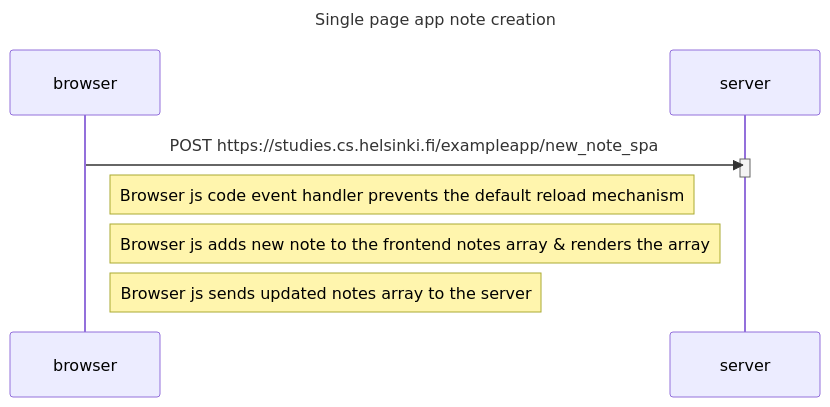
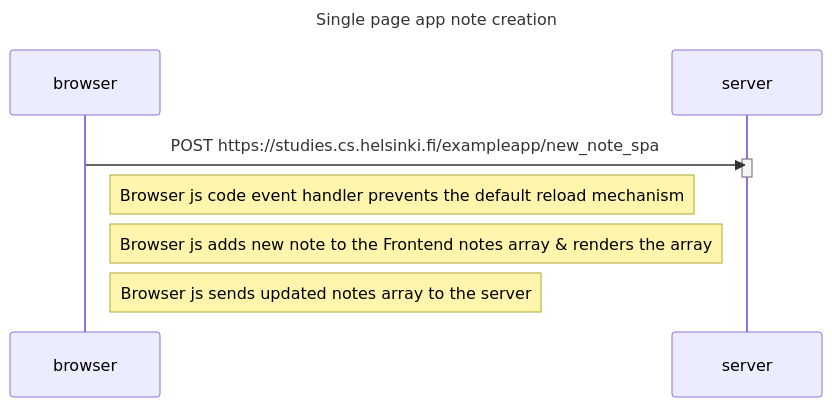
Before and after one commit to cunbex/FullStackOpen-Exercises: the diagram in part0/0.6.md, drawn with Mermaid. The commit also changed 1 other file, not shown here.

````diff
--- a/part0/0.6.md
+++ b/part0/0.6.md
@@ -1,13 +1,13 @@
 ```mermaid
 sequenceDiagram
     title Single page app note creation
     participant browser
     participant server
 
     browser->>server: POST https://studies.cs.helsinki.fi/exampleapp/new_note_spa
     activate server
     deactivate server
     Note right of browser: Browser js code event handler prevents the default reload mechanism
-    Note right of browser: Browser js adds new note to the frontend notes array & renders the array
+    Note right of browser: Browser js adds new note to the Frontend notes array & renders the array
     Note right of browser: Browser js sends updated notes array to the server
 ```
````
